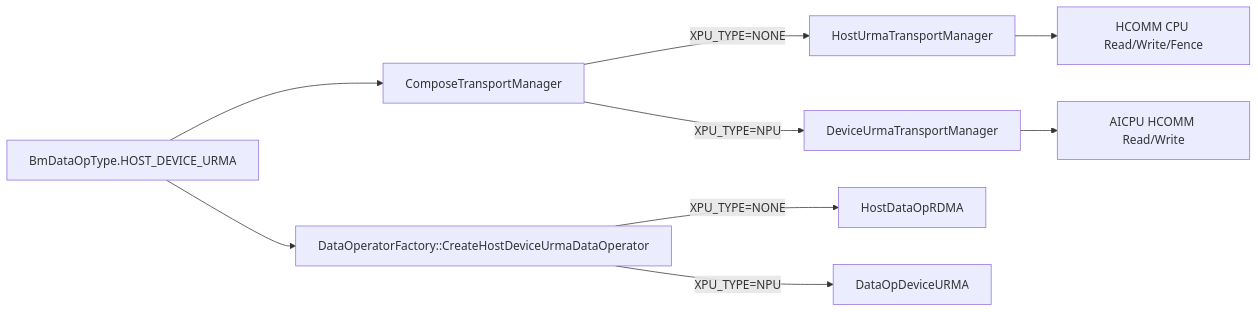
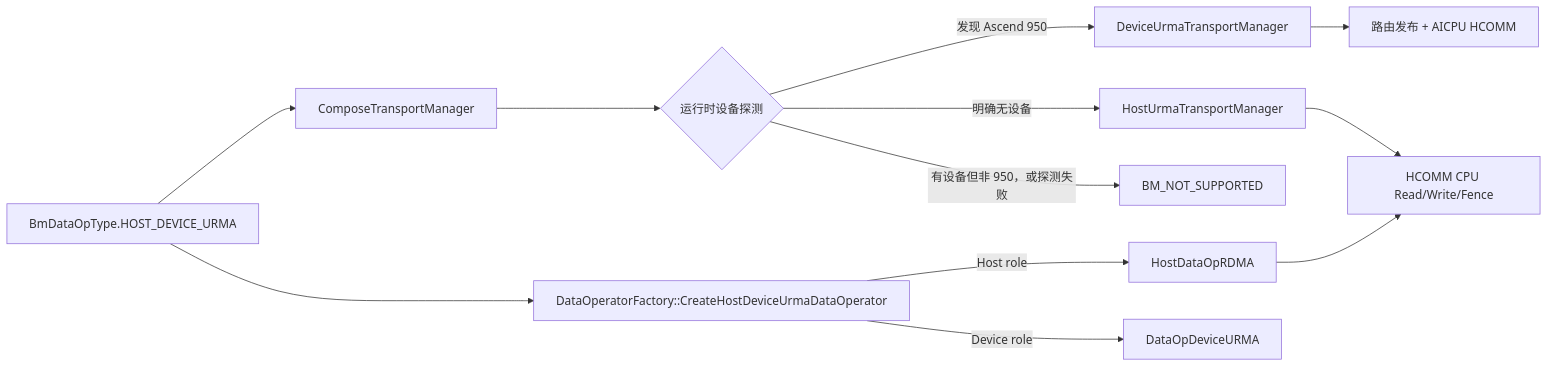
Before and after one commit to NoCoder0/memfabric_hybrid: the first of 3 diagrams in doc/batch_copy_aicpu_urma_staged_implementation_plan.md, drawn with Mermaid. The commit also changed other lines of this file and 1 other file, not shown here.

````diff
--- a/doc/batch_copy_aicpu_urma_staged_implementation_plan.md
+++ b/doc/batch_copy_aicpu_urma_staged_implementation_plan.md
@@ -137,11 +152,14 @@
 ```mermaid
 flowchart LR
     A["BmDataOpType.HOST_DEVICE_URMA"] --> B["ComposeTransportManager"]
-    B -->|"XPU_TYPE=NONE"| C["HostUrmaTransportManager"]
-    B -->|"XPU_TYPE=NPU"| D["DeviceUrmaTransportManager"]
+    B --> C{"运行时设备探测"}
+    C -->|"发现 Ascend 950"| D["DeviceUrmaTransportManager"]
+    C -->|"明确无设备"| D2["HostUrmaTransportManager"]
+    C -->|"有设备但非 950，或探测失败"| F["BM_NOT_SUPPORTED"]
     A --> E["DataOperatorFactory::CreateHostDeviceUrmaDataOperator"]
-    E -->|"XPU_TYPE=NONE"| F["HostDataOpRDMA"]
-    E -->|"XPU_TYPE=NPU"| G["DataOpDeviceURMA"]
-    C --> H["HCOMM CPU Read/Write/Fence"]
-    D --> I["AICPU HCOMM Read/Write"]
+    E -->|"Host role"| G["HostDataOpRDMA"]
+    E -->|"Device role"| H["DataOpDeviceURMA"]
+    D --> I["路由发布 + AICPU HCOMM"]
+    D2 --> J["HCOMM CPU Read/Write/Fence"]
+    G --> J
 ```
````
